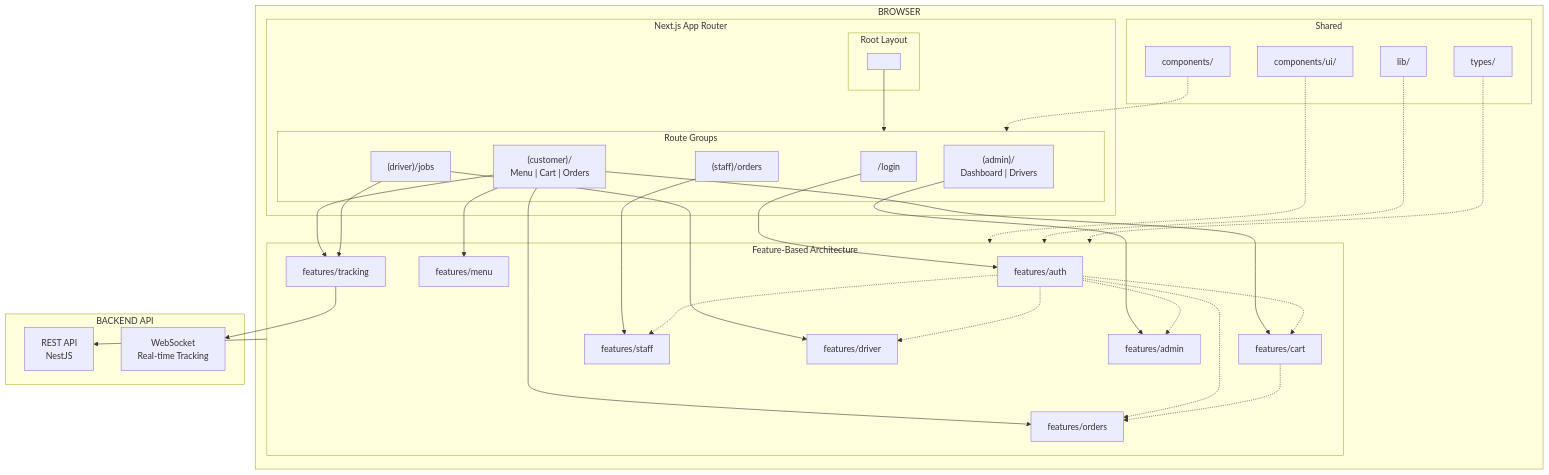
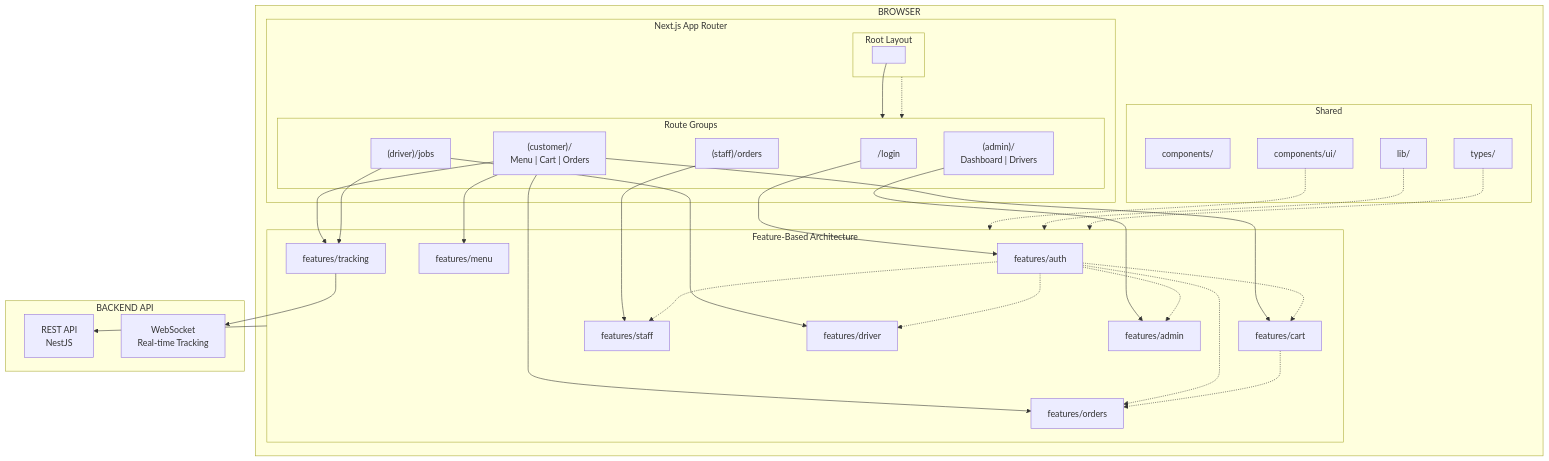
Before and after one commit to CrystalJohn/CrystalJohn-Real-Time-Food-Delivery-HuggingVibe: the first of 14 diagrams in docs/frontend-data-flow.md, drawn with Mermaid. The commit also changed other lines of this file and 11 other files, not shown here.

````diff
--- a/docs/frontend-data-flow.md
+++ b/docs/frontend-data-flow.md
@@ -7,67 +7,67 @@
 ```mermaid
 flowchart TB
     subgraph BROWSER["BROWSER"]
         subgraph NEXT["Next.js App Router"]
             subgraph LAYOUT["Root Layout"]
                 PROVIDERS["<Providers />"]
             end
             
             subgraph ROUTES["Route Groups"]
                 LOGIN["/login"]
                 CUSTOMER["(customer)/<br/>Menu | Cart | Orders"]
                 STAFF["(staff)/orders"]
                 DRIVER["(driver)/jobs"]
                 ADMIN["(admin)/<br/>Dashboard | Drivers"]
             end
         end
         
         subgraph FEATURES["Feature-Based Architecture"]
             AUTH["features/auth"]
             CART["features/cart"]
             MENU["features/menu"]
             ORDERS["features/orders"]
             STAFF_F["features/staff"]
             DRIVER_F["features/driver"]
             TRACKING["features/tracking"]
             ADMIN_F["features/admin"]
         end
         
         subgraph SHARED["Shared"]
             COMPONENTS["components/"]
             UI["components/ui/"]
             LIB["lib/"]
             TYPES["types/"]
         end
     end
     
     subgraph BACKEND["BACKEND API"]
         REST["REST API<br/>NestJS"]
         WS["WebSocket<br/>Real-time Tracking"]
     end
     
     %% Layout flow
     PROVIDERS --> ROUTES
     
     %% Routes to Features
     LOGIN --> AUTH
     CUSTOMER --> MENU & CART & ORDERS
     CUSTOMER --> TRACKING
     STAFF --> STAFF_F
     DRIVER --> DRIVER_F
     DRIVER --> TRACKING
     ADMIN --> ADMIN_F
     
     %% Features connections
     AUTH -.-> CART & ORDERS & STAFF_F & DRIVER_F & ADMIN_F
     CART -.-> ORDERS
     
     %% Shared
-    COMPONENTS -.-> ROUTES
     UI -.-> FEATURES
+    LAYOUT -.-> ROUTES
     LIB -.-> FEATURES
     TYPES -.-> FEATURES
     
     %% Backend
     FEATURES --> REST
     TRACKING --> WS
 ```
````
